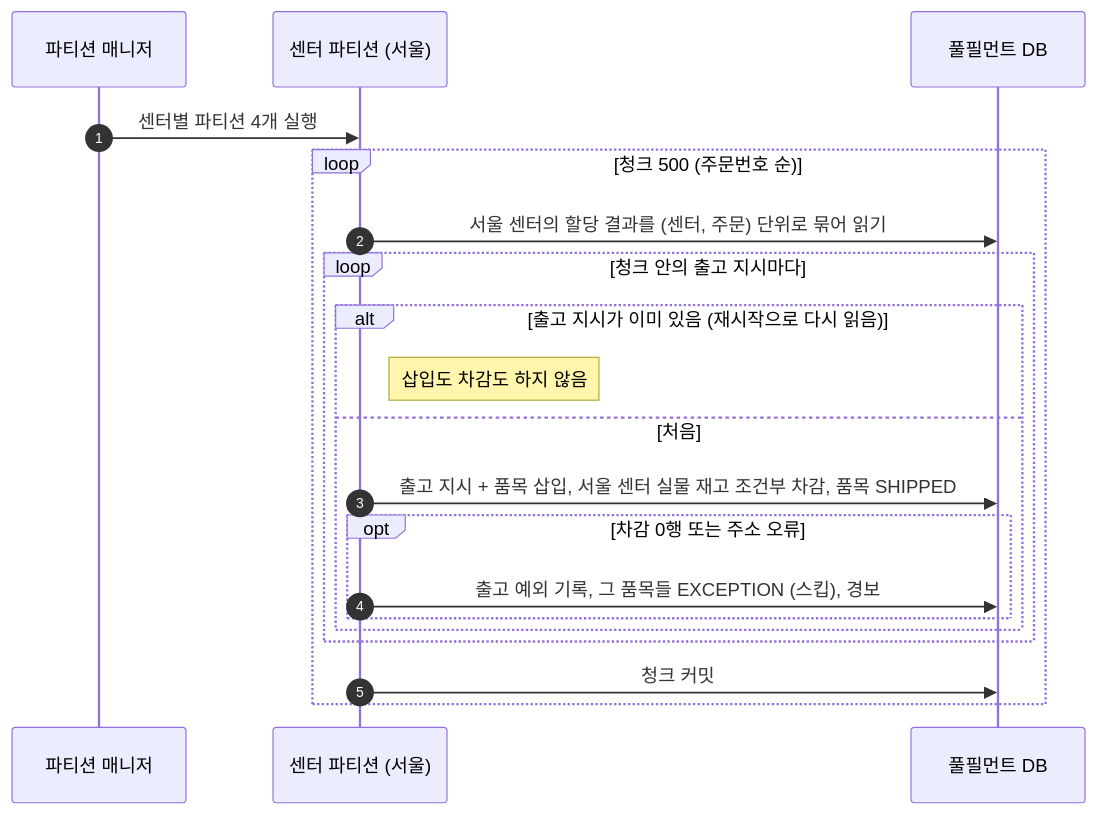
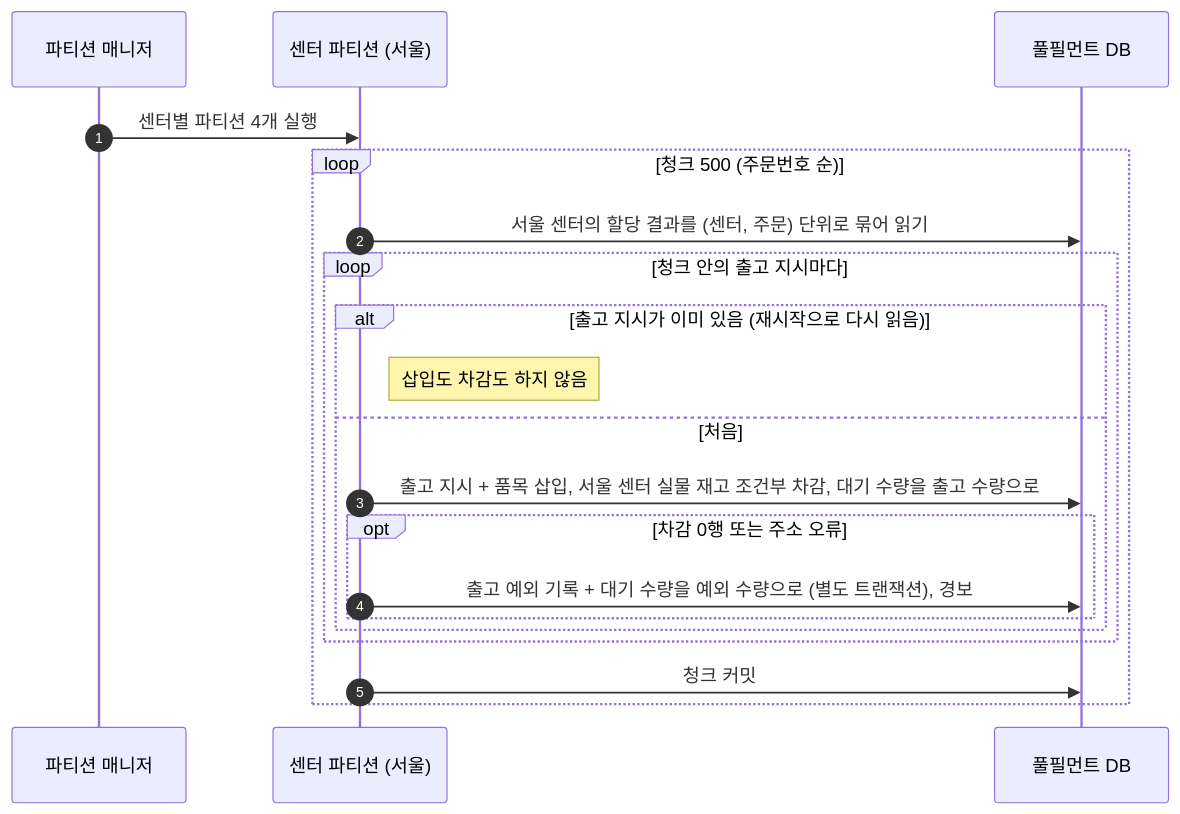
One commit to Bamdule/dawn-delivery-commerce changed the fifth of 6 diagrams in docs/sequence/05-출고-배치.md. Above: the diagram before and after it, drawn with Mermaid. The commit also changed other lines of this file and 12 other files, not shown here.

````diff
--- a/docs/sequence/05-출고-배치.md
+++ b/docs/sequence/05-출고-배치.md
@@ -132,23 +132,23 @@
 ```mermaid
 sequenceDiagram
     autonumber
     participant 매니저 as 파티션 매니저
     participant 파티션 as 센터 파티션 (서울)
     participant DB as 풀필먼트 DB
 
     매니저->>파티션: 센터별 파티션 4개 실행
     loop 청크 500 (주문번호 순)
         파티션->>DB: 서울 센터의 할당 결과를 (센터, 주문) 단위로 묶어 읽기
         loop 청크 안의 출고 지시마다
             alt 출고 지시가 이미 있음 (재시작으로 다시 읽음)
                 Note right of 파티션: 삽입도 차감도 하지 않음
             else 처음
-                파티션->>DB: 출고 지시 + 품목 삽입, 서울 센터 실물 재고 조건부 차감, 품목 SHIPPED
+                파티션->>DB: 출고 지시 + 품목 삽입, 서울 센터 실물 재고 조건부 차감, 대기 수량을 출고 수량으로
                 opt 차감 0행 또는 주소 오류
-                    파티션->>DB: 출고 예외 기록, 그 품목들 EXCEPTION (스킵), 경보
+                    파티션->>DB: 출고 예외 기록 + 대기 수량을 예외 수량으로 (별도 트랜잭션), 경보
                 end
             end
         end
         파티션->>DB: 청크 커밋
     end
 ```
````
